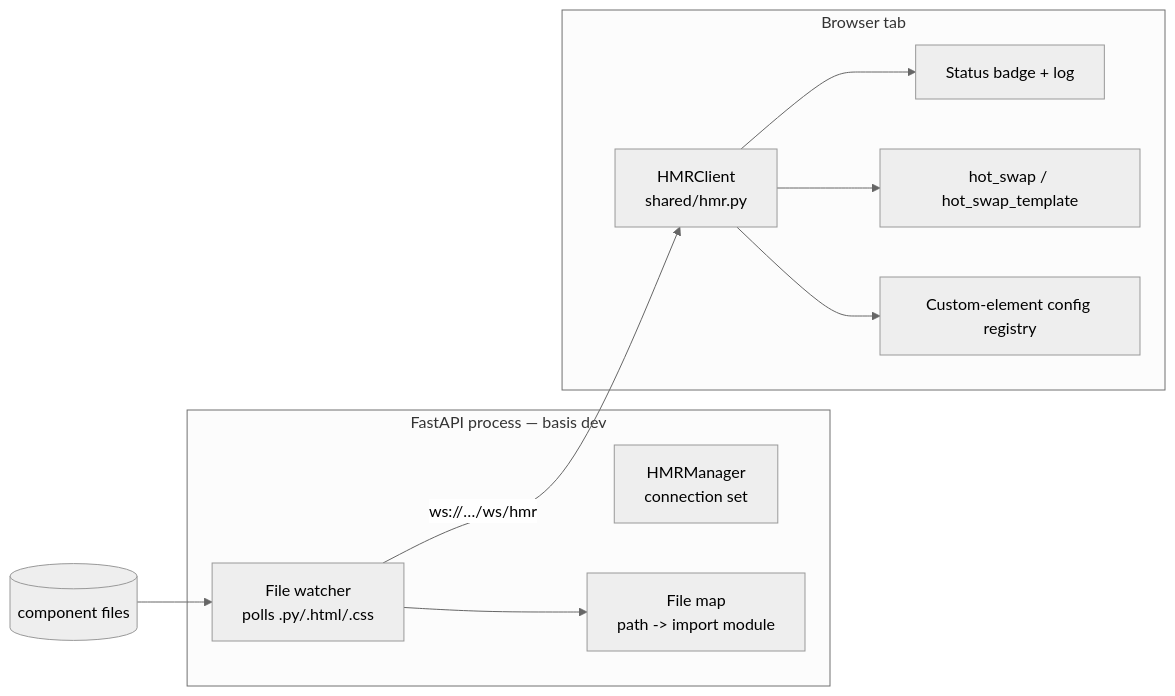
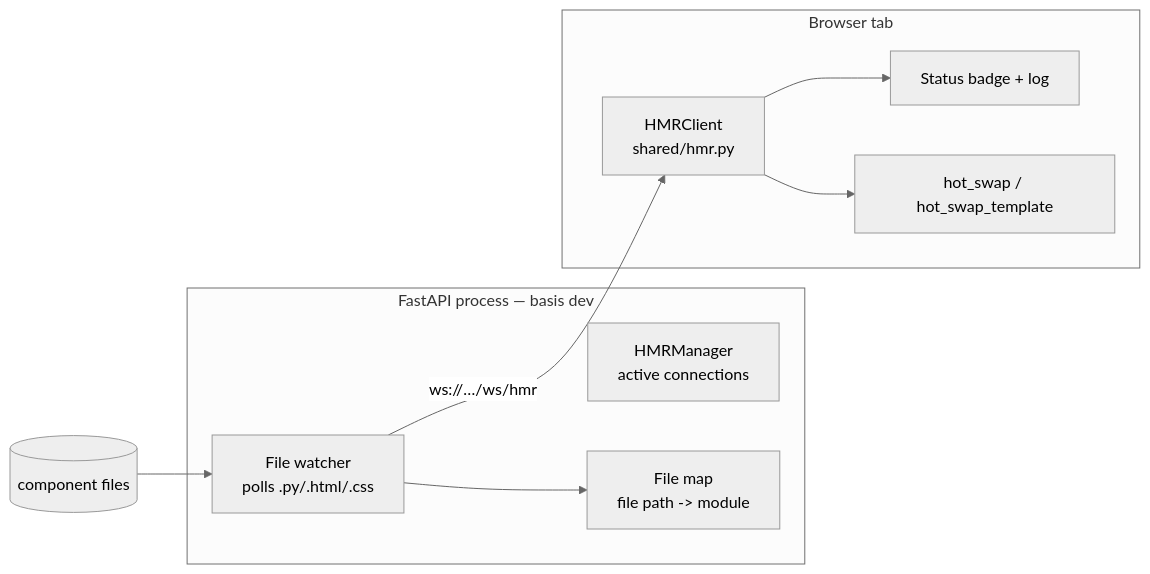
One commit to bassio/basis changed the diagram in docs/03_server/hmr.md. Above: the diagram before and after it, drawn with Mermaid (neutral theme). The commit also changed other lines of this file and 2 other files, not shown here.

````diff
--- a/docs/03_server/hmr.md
+++ b/docs/03_server/hmr.md
@@ -23,22 +33,20 @@
 ```mermaid
 flowchart LR
     subgraph Server[FastAPI process — basis dev]
         W[File watcher<br/>polls .py/.html/.css]
-        M[HMRManager<br/>connection set]
-        FM[File map<br/>path -> import module]
+        M[HMRManager<br/>active connections]
+        FM[File map<br/>file path -> module]
     end
 
     subgraph Browser[Browser tab]
         C[HMRClient<br/>shared/hmr.py]
         B[Status badge + log]
         HS[hot_swap / hot_swap_template]
-        CE[Custom-element config registry]
     end
 
     FS[(component files)] --> W
     W --> FM
     W -- "ws://…/ws/hmr" --> C
     C --> B
     C --> HS
-    C --> CE
 ```
````
